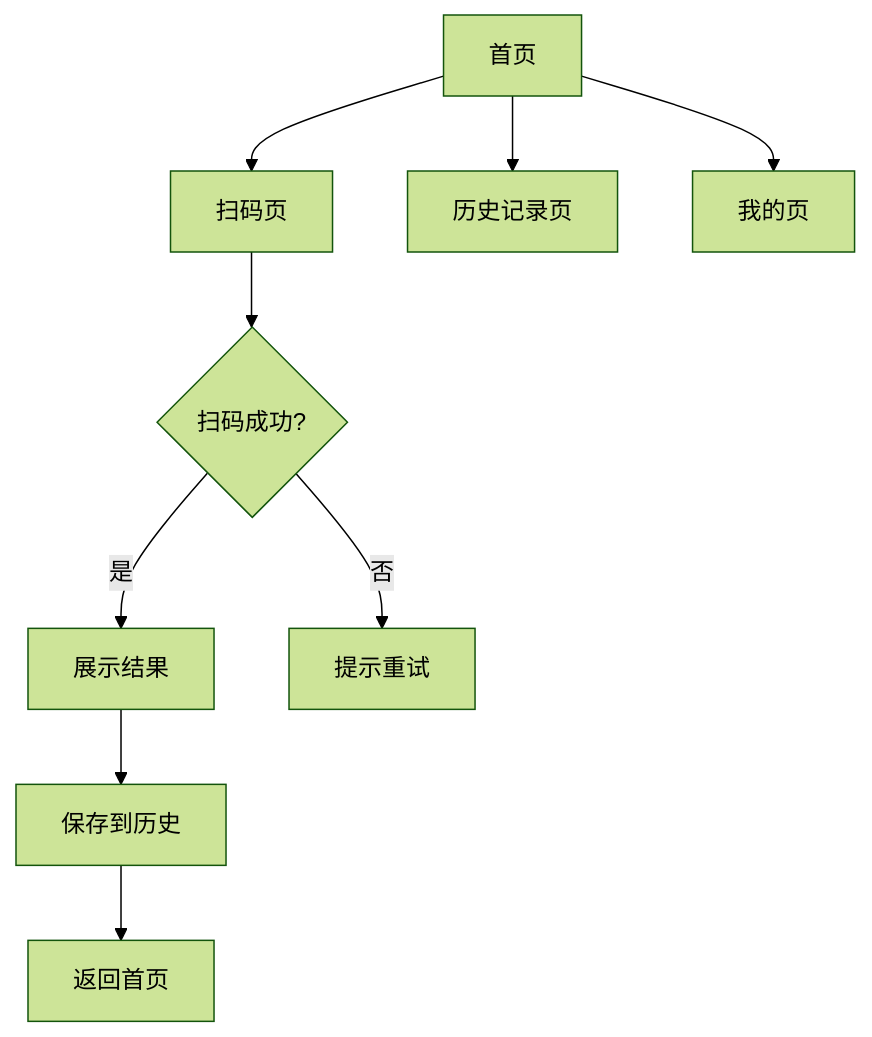
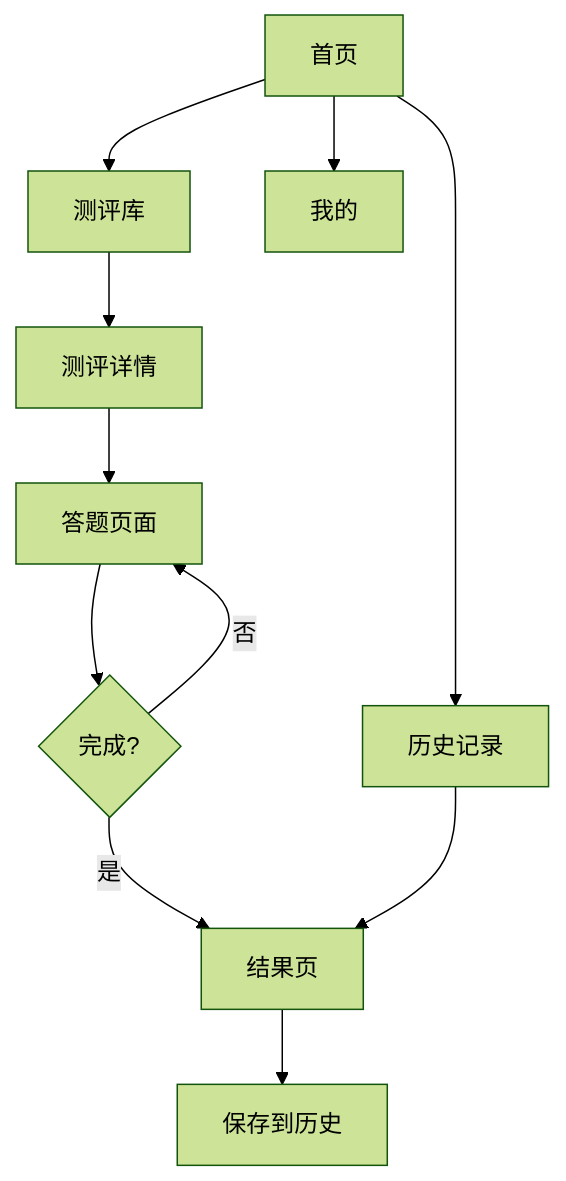
The diagram in 小程序-PRD.md (badhope/HumanOS), drawn with Mermaid (forest theme) before and after one commit. The commit also changed other lines of this file and 1 other file, not shown here.

````diff
--- a/小程序-PRD.md
+++ b/小程序-PRD.md
@@ -41,11 +93,13 @@
 ```mermaid
 graph TD
-    A[首页] --> B[扫码页]
-    B --> C{扫码成功?}
-    C -->|是| D[展示结果]
-    C -->|否| E[提示重试]
-    D --> F[保存到历史]
-    F --> G[返回首页]
-    A --> H[历史记录页]
-    A --> I[我的页]
+    A[首页] --> B[测评库]
+    B --> C[测评详情]
+    C --> D[答题页面]
+    D --> E{完成?}
+    E -->|是| F[结果页]
+    E -->|否| D
+    F --> G[保存到历史]
+    A --> H[历史记录]
+    H --> F
+    A --> I[我的]
 ```
````
